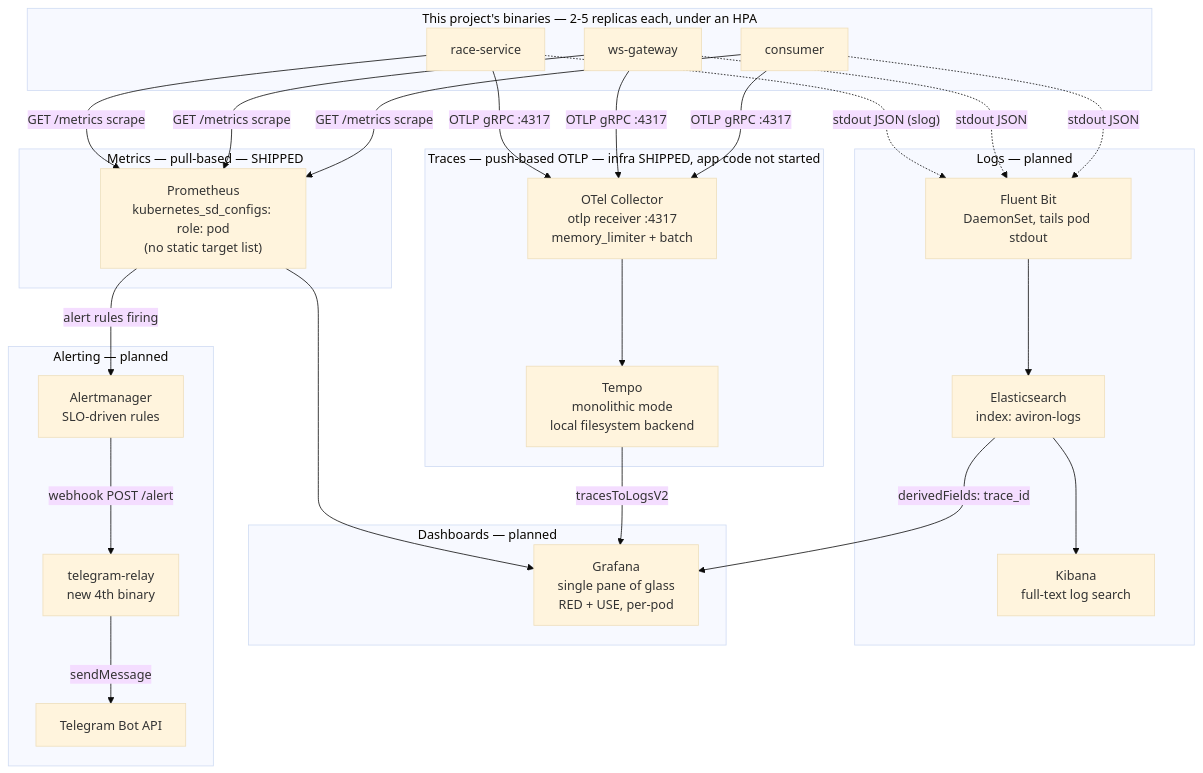
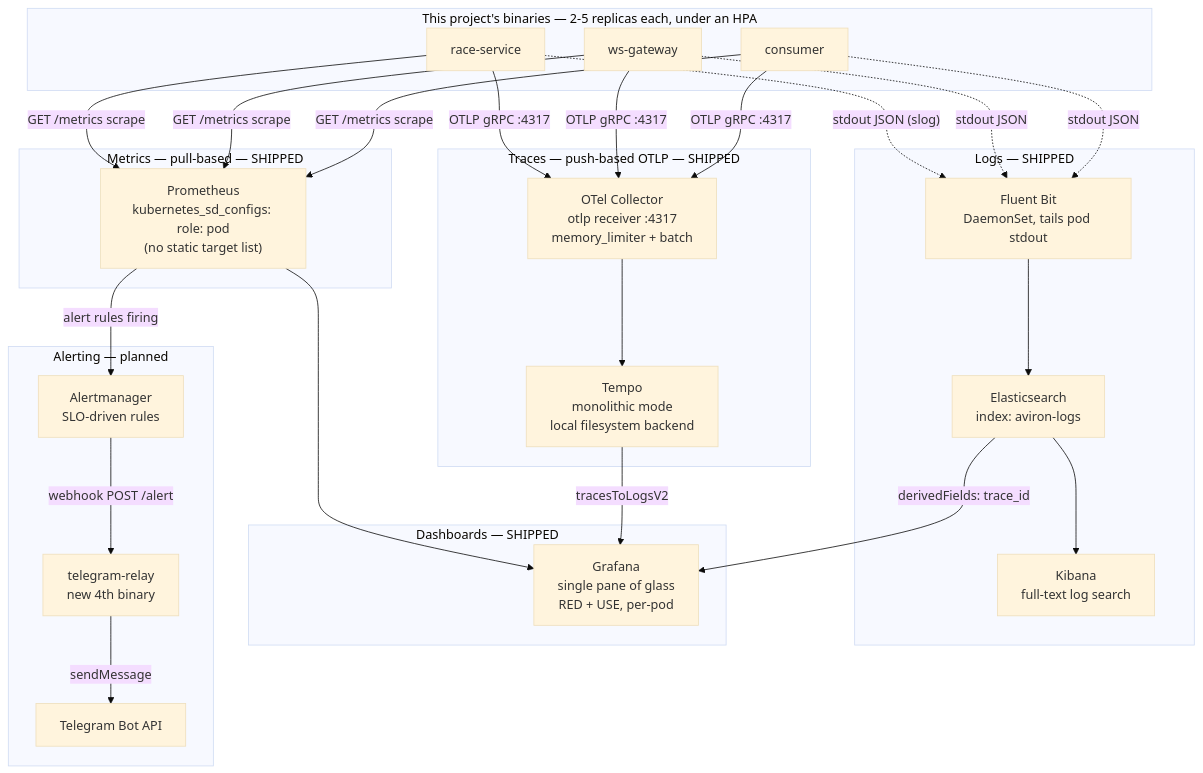
The first of 8 diagrams in docs/observation-architeture.md (akkien/aviron), drawn with Mermaid (base theme) before and after one commit. The commit also changed other lines of this file and 11 other files, not shown here.

````diff
--- a/docs/observation-architeture.md
+++ b/docs/observation-architeture.md
@@ -40,56 +40,56 @@
 ```mermaid
 flowchart TB
     subgraph apps["This project's binaries — 2-5 replicas each, under an HPA"]
         RS["race-service"]
         WG["ws-gateway"]
         CO["consumer"]
     end
 
     subgraph metrics["Metrics — pull-based — SHIPPED"]
         PROM["Prometheus<br/>kubernetes_sd_configs: role: pod<br/>(no static target list)"]
     end
 
-    subgraph tracing["Traces — push-based OTLP — infra SHIPPED, app code not started"]
+    subgraph tracing["Traces — push-based OTLP — SHIPPED"]
         OTEL["OTel Collector<br/>otlp receiver :4317<br/>memory_limiter + batch"]
         TEMPO["Tempo<br/>monolithic mode<br/>local filesystem backend"]
     end
 
-    subgraph logging["Logs — planned"]
+    subgraph logging["Logs — SHIPPED"]
         FB["Fluent Bit<br/>DaemonSet, tails pod stdout"]
         ES["Elasticsearch<br/>index: aviron-logs"]
         KIB["Kibana<br/>full-text log search"]
     end
 
-    subgraph dash["Dashboards — planned"]
+    subgraph dash["Dashboards — SHIPPED"]
         GRAF["Grafana<br/>single pane of glass<br/>RED + USE, per-pod"]
     end
 
     subgraph alert["Alerting — planned"]
         AM["Alertmanager<br/>SLO-driven rules"]
         TG["telegram-relay<br/>new 4th binary"]
         TGAPI["Telegram Bot API"]
     end
 
     RS -->|"GET /metrics scrape"| PROM
     WG -->|"GET /metrics scrape"| PROM
     CO -->|"GET /metrics scrape"| PROM
 
     RS -->|"OTLP gRPC :4317"| OTEL
     WG -->|"OTLP gRPC :4317"| OTEL
     CO -->|"OTLP gRPC :4317"| OTEL
     OTEL --> TEMPO
 
     RS -.->|"stdout JSON (slog)"| FB
     WG -.->|"stdout JSON"| FB
     CO -.->|"stdout JSON"| FB
     FB --> ES
     ES --> KIB
 
     PROM --> GRAF
     TEMPO -->|"tracesToLogsV2"| GRAF
     ES -->|"derivedFields: trace_id"| GRAF
 
     PROM -->|"alert rules firing"| AM
     AM -->|"webhook POST /alert"| TG
     TG -->|"sendMessage"| TGAPI
 ```
````
